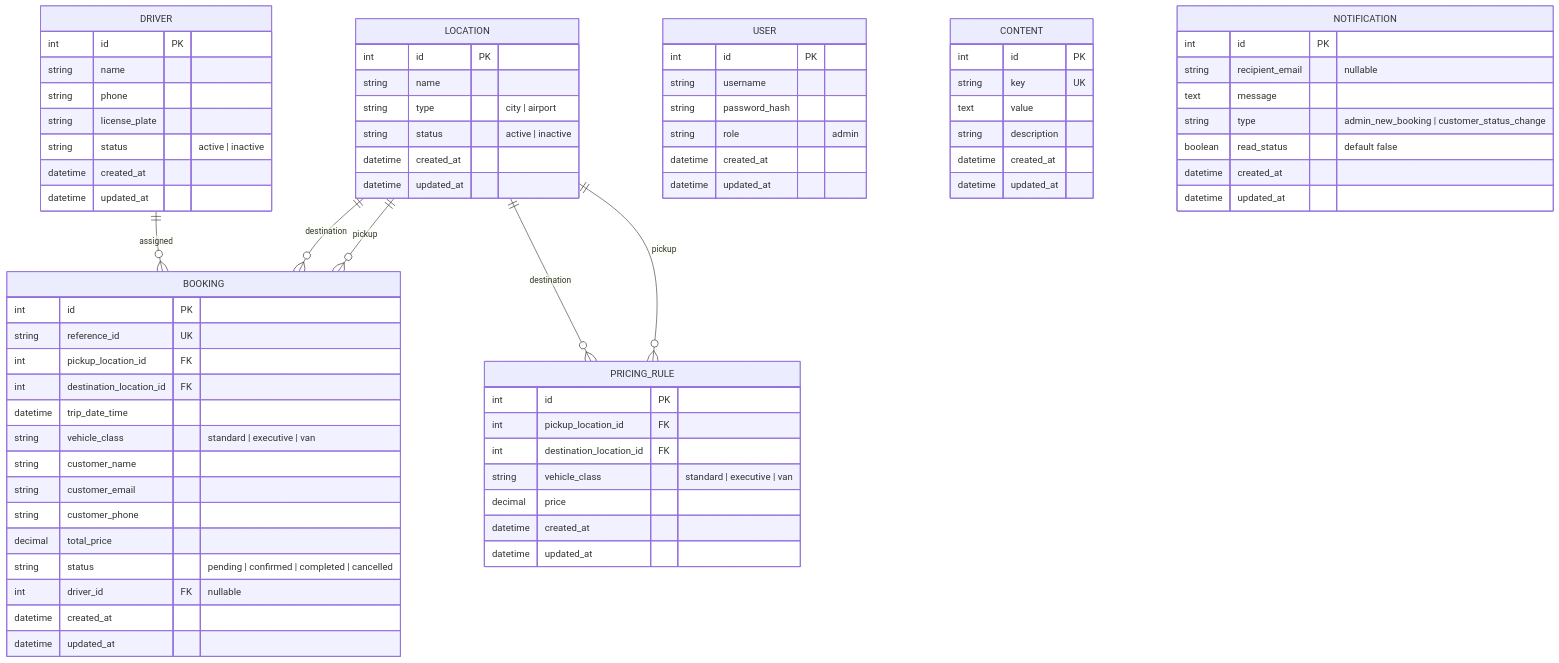
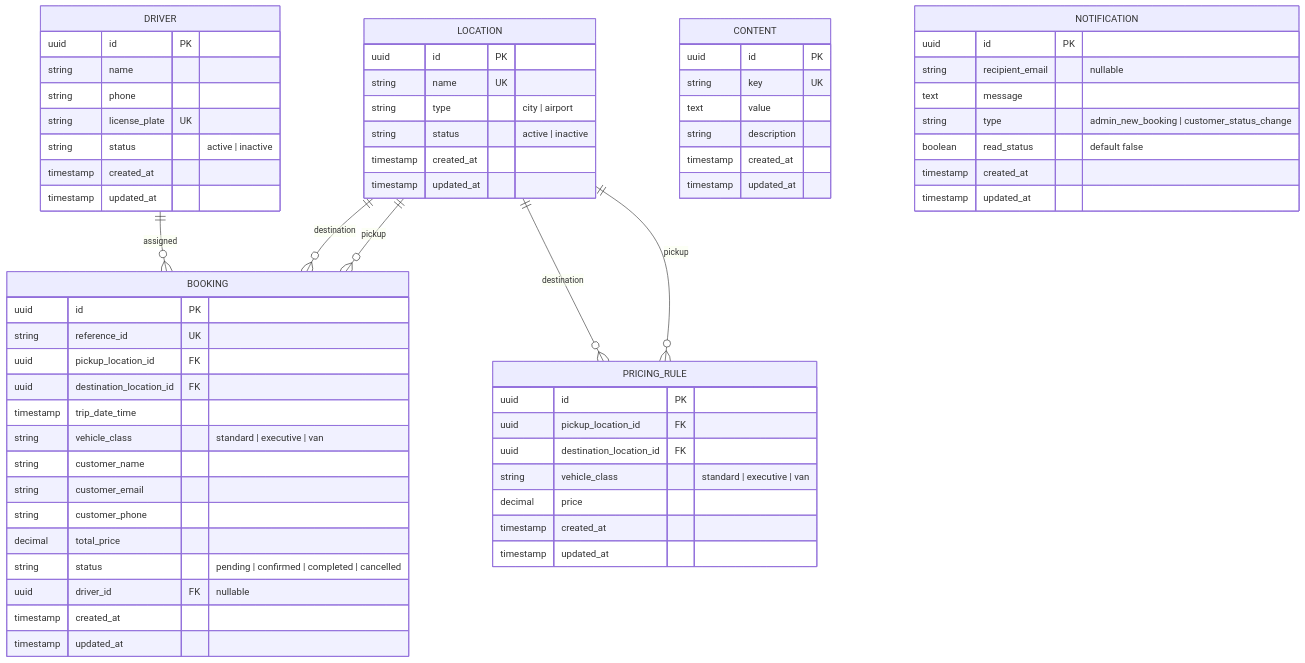
One commit to bilal-aboqura/rentFinalV changed the diagram in specs/001-airport-transfer-booking/data-model.md. Above: the diagram before and after it, drawn with Mermaid. The commit also changed other lines of this file and 108 other files, not shown here.

````diff
--- a/specs/001-airport-transfer-booking/data-model.md
+++ b/specs/001-airport-transfer-booking/data-model.md
@@ -7,82 +7,73 @@
 ```mermaid
 erDiagram
     LOCATION {
-        int id PK
-        string name
+        uuid id PK
+        string name UK
         string type "city | airport"
         string status "active | inactive"
-        datetime created_at
-        datetime updated_at
+        timestamp created_at
+        timestamp updated_at
     }
     
     DRIVER {
-        int id PK
+        uuid id PK
         string name
         string phone
-        string license_plate
+        string license_plate UK
         string status "active | inactive"
-        datetime created_at
-        datetime updated_at
-    }
-
-    USER {
-        int id PK
-        string username
-        string password_hash
-        string role "admin"
-        datetime created_at
-        datetime updated_at
+        timestamp created_at
+        timestamp updated_at
     }
 
     PRICING_RULE {
-        int id PK
-        int pickup_location_id FK
-        int destination_location_id FK
+        uuid id PK
+        uuid pickup_location_id FK
+        uuid destination_location_id FK
         string vehicle_class "standard | executive | van"
         decimal price
-        datetime created_at
-        datetime updated_at
+        timestamp created_at
+        timestamp updated_at
     }
 
     BOOKING {
-        int id PK
+        uuid id PK
         string reference_id UK
-        int pickup_location_id FK
-        int destination_location_id FK
-        datetime trip_date_time
+        uuid pickup_location_id FK
+        uuid destination_location_id FK
+        timestamp trip_date_time
         string vehicle_class "standard | executive | van"
         string customer_name
         string customer_email
         string customer_phone
         decimal total_price
         string status "pending | confirmed | completed | cancelled"
-        int driver_id FK "nullable"
-        datetime created_at
-        datetime updated_at
+        uuid driver_id FK "nullable"
+        timestamp created_at
+        timestamp updated_at
     }
 
     CONTENT {
-        int id PK
+        uuid id PK
         string key UK
         text value
         string description
-        datetime created_at
-        datetime updated_at
+        timestamp created_at
+        timestamp updated_at
     }
 
     NOTIFICATION {
-        int id PK
+        uuid id PK
         string recipient_email "nullable"
         text message
         string type "admin_new_booking | customer_status_change"
         boolean read_status "default false"
-        datetime created_at
-        datetime updated_at
+        timestamp created_at
+        timestamp updated_at
     }
 
     LOCATION ||--o{ BOOKING : "pickup"
     LOCATION ||--o{ BOOKING : "destination"
     LOCATION ||--o{ PRICING_RULE : "pickup"
     LOCATION ||--o{ PRICING_RULE : "destination"
     DRIVER ||--o{ BOOKING : "assigned"
 ```
````
